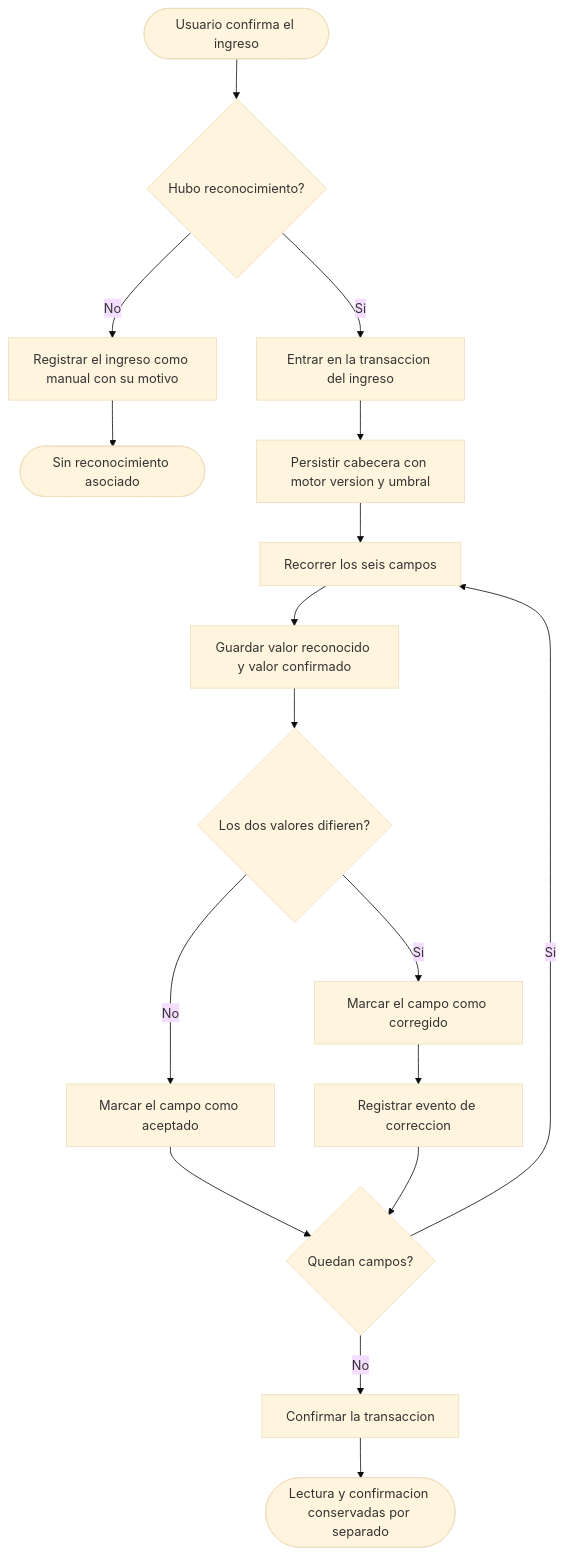
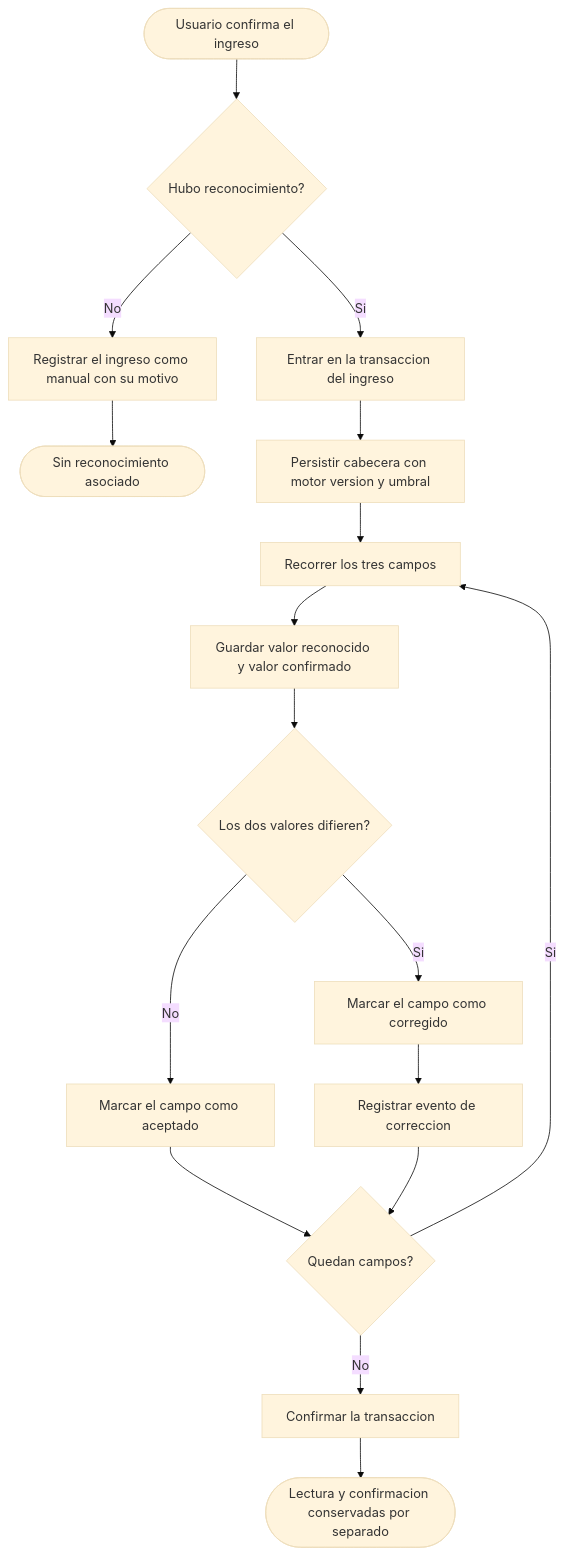
One commit to adlerOmonte1/LogisticaMinera changed the second of 3 diagrams in docs/modulos/M04-reconocimiento/diagramas/actividades.md. Above: the diagram before and after it, drawn with Mermaid (base theme). The commit also changed other lines of this file and 91 other files, not shown here.

````diff
--- a/docs/modulos/M04-reconocimiento/diagramas/actividades.md
+++ b/docs/modulos/M04-reconocimiento/diagramas/actividades.md
@@ -33,19 +33,19 @@
 ```mermaid
 flowchart TD
     I([Usuario confirma el ingreso]) --> D1{Hubo reconocimiento?}
     D1 -->|No| A1[Registrar el ingreso como manual con su motivo]
     A1 --> F1([Sin reconocimiento asociado])
     D1 -->|Si| T1[Entrar en la transaccion del ingreso]
     T1 --> P1[Persistir cabecera con motor version y umbral]
-    P1 --> C1[Recorrer los seis campos]
+    P1 --> C1[Recorrer los tres campos]
     C1 --> P2[Guardar valor reconocido y valor confirmado]
     P2 --> D2{Los dos valores difieren?}
     D2 -->|Si| A2[Marcar el campo como corregido]
     D2 -->|No| A3[Marcar el campo como aceptado]
     A2 --> P3[Registrar evento de correccion]
     A3 --> C2{Quedan campos?}
     P3 --> C2
     C2 -->|Si| C1
     C2 -->|No| T2[Confirmar la transaccion]
     T2 --> F2([Lectura y confirmacion conservadas por separado])
 ```
````
